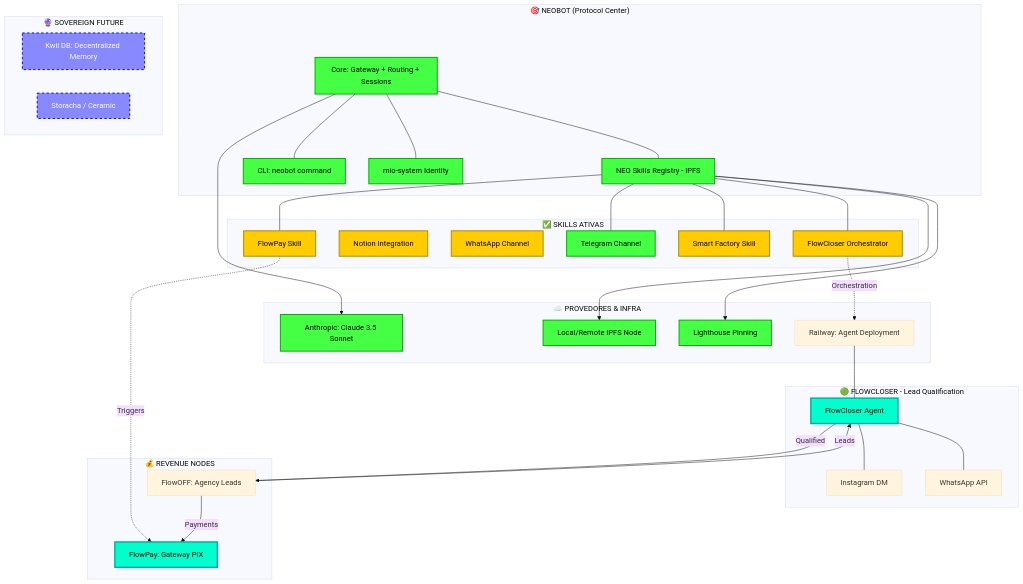
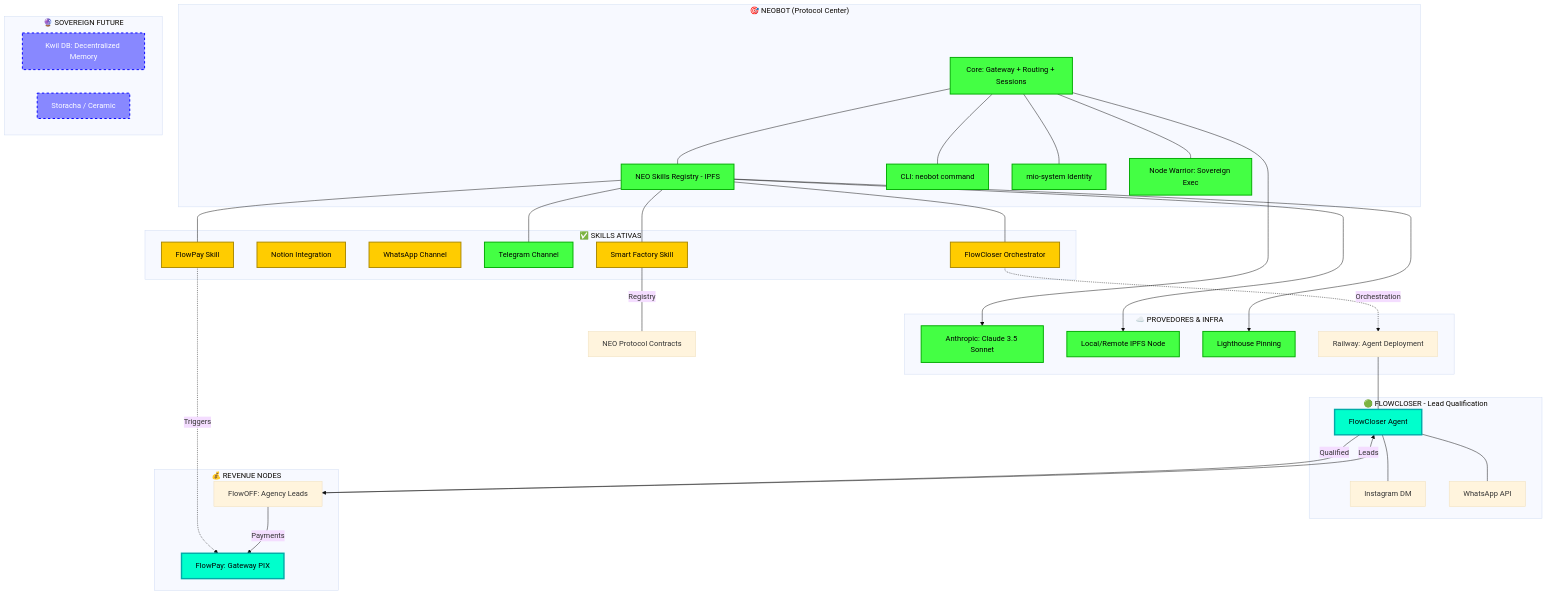
One commit to NEO-PROTOCOL/neobot changed the diagram in docs/neo-protocol/ARCHITECTURE_VISUAL.md. Above: the diagram before and after it, drawn with Mermaid (base theme). The commit also changed 19 other files, not shown here.

Commit message:
chore: unify identities, secure scripts, and update visual architecture Ø

````diff
--- a/docs/neo-protocol/ARCHITECTURE_VISUAL.md
+++ b/docs/neo-protocol/ARCHITECTURE_VISUAL.md
@@ -5,78 +5,81 @@
 ```mermaid
 graph TB
     subgraph NEOBOT["🎯 NEOBOT (Protocol Center)"]
         CORE[Core: Gateway + Routing + Sessions]
         SKILLS[NEO Skills Registry - IPFS]
         CLI[CLI: neobot command]
         ID[mio-system Identity]
+        WARRIOR[Node Warrior: Sovereign Exec]
     end
 
     subgraph ACTIVE_SKILLS["✅ SKILLS ATIVAS"]
         FC_SKILL[FlowCloser Orchestrator]
         NOTION_SKILL[Notion Integration]
         WA_SKILL[WhatsApp Channel]
         TG_SKILL[Telegram Channel]
         FACTORY[Smart Factory Skill]
         PAY[FlowPay Skill]
     end
 
     subgraph CLOUD_INFRA["☁️ PROVEDORES & INFRA"]
         ANTHROPIC[Anthropic: Claude 3.5 Sonnet]
         IPFS_NODE[Local/Remote IPFS Node]
         LIGHTHOUSE[Lighthouse Pinning]
         RAILWAY[Railway: Agent Deployment]
     end
 
     subgraph FLOWCLOSER["🟢 FLOWCLOSER - Lead Qualification"]
         FC_AGENT[FlowCloser Agent]
         FC_INSTA[Instagram DM]
         FC_WA[WhatsApp API]
     end
 
     subgraph REVENUE_NODES["💰 REVENUE NODES"]
         FLOWPAY[FlowPay: Gateway PIX]
         FLOWOFF[FlowOFF: Agency Leads]
     end
 
     subgraph FUTURE["🔮 SOVEREIGN FUTURE"]
         KWIL[Kwil DB: Decentralized Memory]
         STORAGE[Storacha / Ceramic]
     end
 
     %% Conexões Ativas (Sólidas)
     CORE --- SKILLS
     CORE --- CLI
     CORE --- ID
+    CORE --- WARRIOR
     
     SKILLS --- FC_SKILL
     SKILLS --- TG_SKILL
     SKILLS --- PAY
     SKILLS --- FACTORY
+    FACTORY --- |Registry| NEO_CONTRACTS[NEO Protocol Contracts]
 
     CORE --> ANTHROPIC
     SKILLS --> IPFS_NODE
     SKILLS --> LIGHTHOUSE
     
     FC_SKILL -.->|Orchestration| RAILWAY
     RAILWAY --- FC_AGENT
     FC_AGENT --- FC_INSTA
     FC_AGENT --- FC_WA
 
     PAY -.->|Triggers| FLOWPAY
     
     %% Fluxo de Receita (The Loop)
     FLOWOFF -->|Leads| FC_AGENT
     FC_AGENT -->|Qualified| FLOWOFF
     FLOWOFF -->|Payments| FLOWPAY
     
     %% Status Visual
     classDef connected fill:#44ff44,stroke:#00aa00,stroke-width:2px,color:#000
     classDef warning fill:#ffcc00,stroke:#aa8800,stroke-width:2px,color:#000
     classDef future fill:#8888ff,stroke:#0000ff,stroke-width:2px,color:#fff,stroke-dasharray: 5 5
     classDef active_node fill:#00ffcc,stroke:#00aba9,stroke-width:3px,color:#000
     
-    class CORE,CLI,ID,SKILLS,TG_SKILL,ANTHROPIC,IPFS_NODE,LIGHTHOUSE connected
+    class CORE,CLI,ID,WARRIOR,SKILLS,TG_SKILL,ANTHROPIC,IPFS_NODE,LIGHTHOUSE connected
     class FC_SKILL,WA_SKILL,FACTORY,PAY,NOTION_SKILL warning
     class KWIL,STORAGE future
     class FC_AGENT,FLOWPAY active_node
 ```
````
